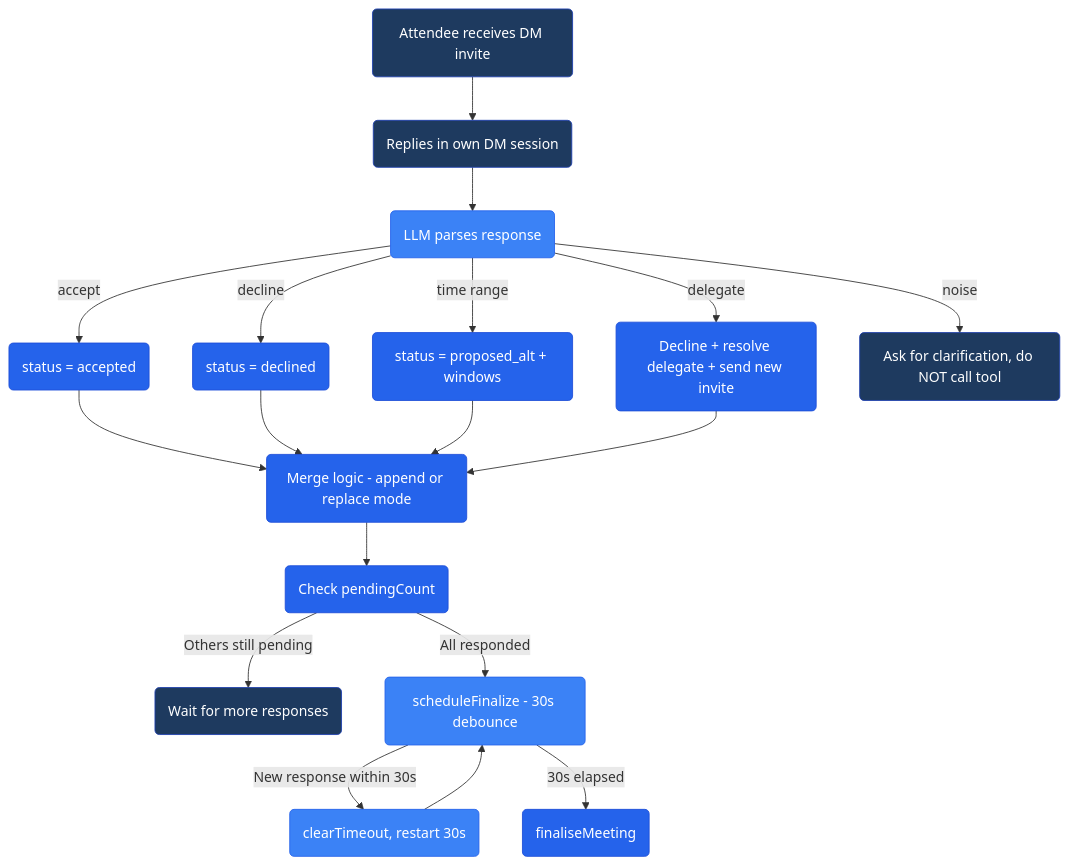
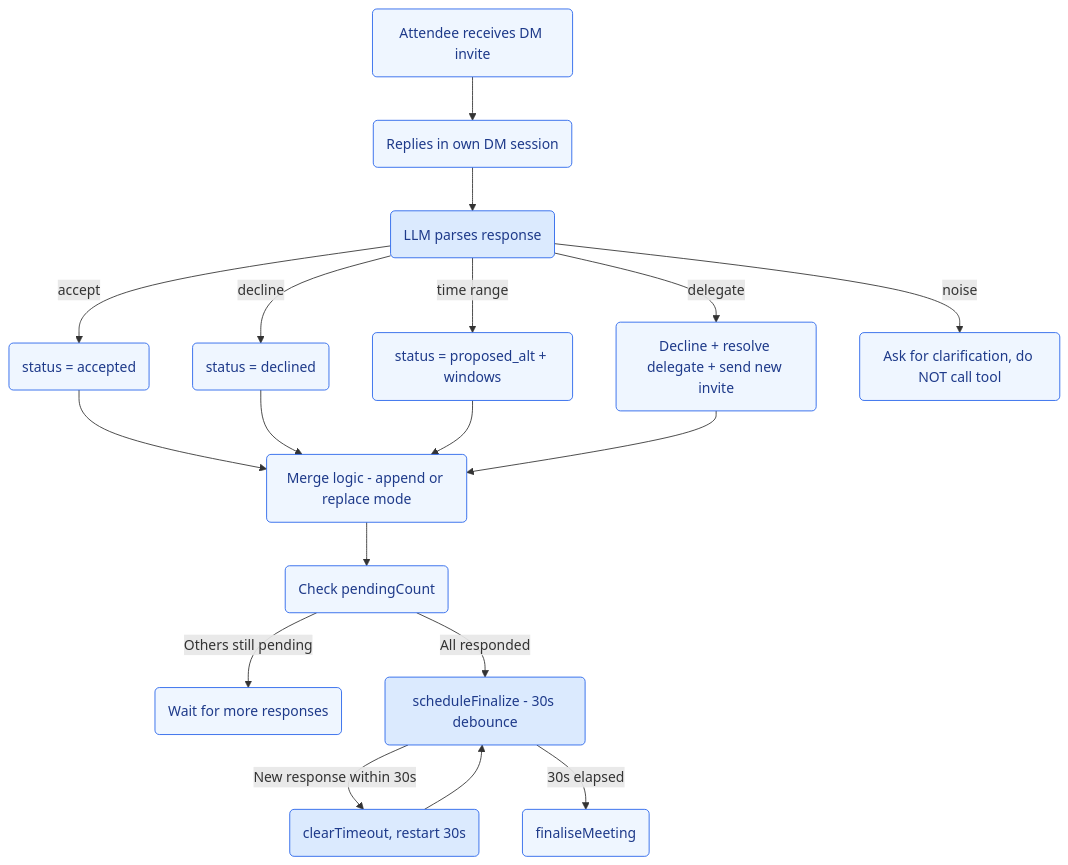
Before and after one commit to javana3/claw_meeting_all: the fourth of 13 diagrams in README.md, drawn with Mermaid. The commit also changed other lines of this file, not shown here.

````diff
--- a/README.md
+++ b/README.md
@@ -131,37 +131,37 @@
 ```mermaid
 graph TD
     A(Attendee receives DM invite) --> B(Replies in own DM session)
     B --> C(LLM parses response)
     C -->|accept| D(status = accepted)
     C -->|decline| E(status = declined)
     C -->|time range| F(status = proposed_alt + windows)
     C -->|delegate| G(Decline + resolve delegate + send new invite)
     C -->|noise| H(Ask for clarification, do NOT call tool)
 
     D --> MERGE(Merge logic - append or replace mode)
     E --> MERGE
     F --> MERGE
     G --> MERGE
 
     MERGE --> CHECK(Check pendingCount)
     CHECK -->|Others still pending| WAIT(Wait for more responses)
     CHECK -->|All responded| DEBOUNCE(scheduleFinalize - 30s debounce)
     DEBOUNCE -->|New response within 30s| RESET(clearTimeout, restart 30s)
     RESET --> DEBOUNCE
     DEBOUNCE -->|30s elapsed| FINAL(finaliseMeeting)
 
-    style MERGE fill:#2563eb,stroke:#1d4ed8,color:#fff
-    style DEBOUNCE fill:#3b82f6,stroke:#2563eb,color:#fff
-    style FINAL fill:#2563eb,stroke:#1d4ed8,color:#fff
-    style A fill:#1e3a5f,stroke:#1e40af,color:#fff
-    style B fill:#1e3a5f,stroke:#1e40af,color:#fff
-    style C fill:#3b82f6,stroke:#2563eb,color:#fff
-    style D fill:#2563eb,stroke:#1d4ed8,color:#fff
-    style E fill:#2563eb,stroke:#1d4ed8,color:#fff
-    style F fill:#2563eb,stroke:#1d4ed8,color:#fff
-    style G fill:#2563eb,stroke:#1d4ed8,color:#fff
-    style H fill:#1e3a5f,stroke:#1e40af,color:#fff
-    style CHECK fill:#2563eb,stroke:#1d4ed8,color:#fff
-    style WAIT fill:#1e3a5f,stroke:#1e40af,color:#fff
-    style RESET fill:#3b82f6,stroke:#2563eb,color:#fff
+    style MERGE fill:#eff6ff,stroke:#2563eb,color:#1e3a8a
+    style DEBOUNCE fill:#dbeafe,stroke:#2563eb,color:#1e3a8a
+    style FINAL fill:#eff6ff,stroke:#2563eb,color:#1e3a8a
+    style A fill:#eff6ff,stroke:#2563eb,color:#1e3a8a
+    style B fill:#eff6ff,stroke:#2563eb,color:#1e3a8a
+    style C fill:#dbeafe,stroke:#2563eb,color:#1e3a8a
+    style D fill:#eff6ff,stroke:#2563eb,color:#1e3a8a
+    style E fill:#eff6ff,stroke:#2563eb,color:#1e3a8a
+    style F fill:#eff6ff,stroke:#2563eb,color:#1e3a8a
+    style G fill:#eff6ff,stroke:#2563eb,color:#1e3a8a
+    style H fill:#eff6ff,stroke:#2563eb,color:#1e3a8a
+    style CHECK fill:#eff6ff,stroke:#2563eb,color:#1e3a8a
+    style WAIT fill:#eff6ff,stroke:#2563eb,color:#1e3a8a
+    style RESET fill:#dbeafe,stroke:#2563eb,color:#1e3a8a
 ```
````
